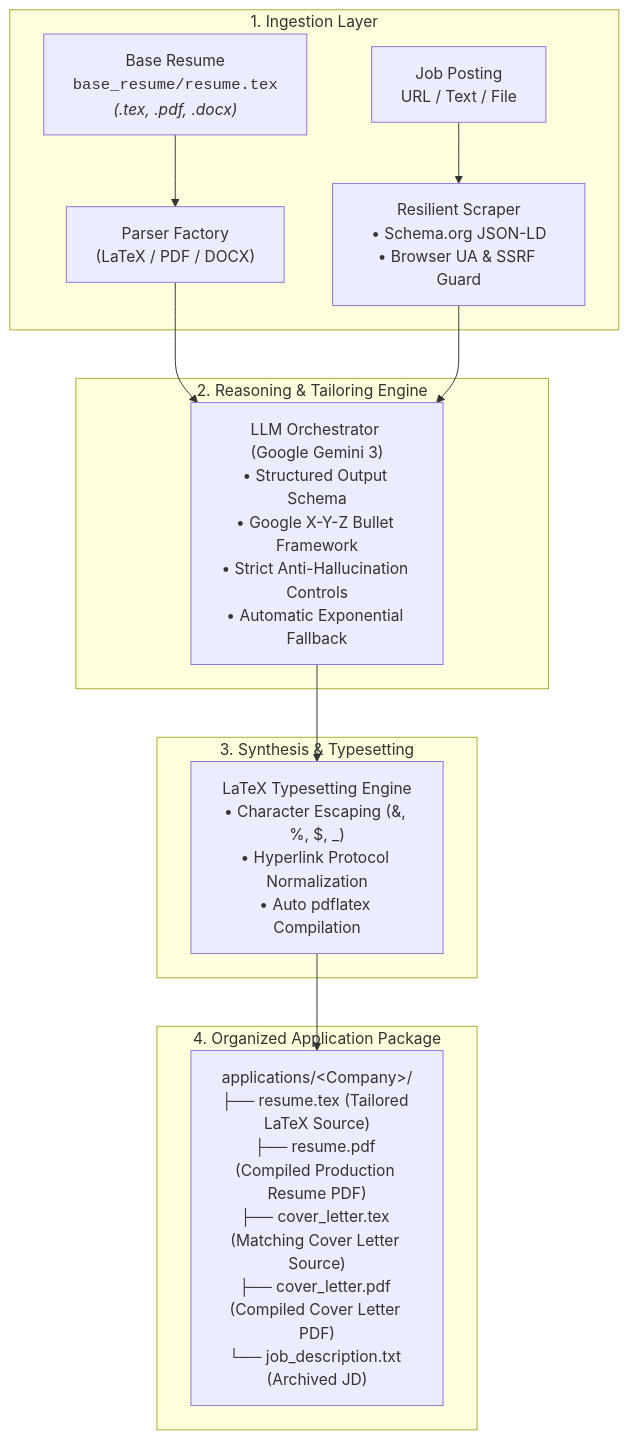
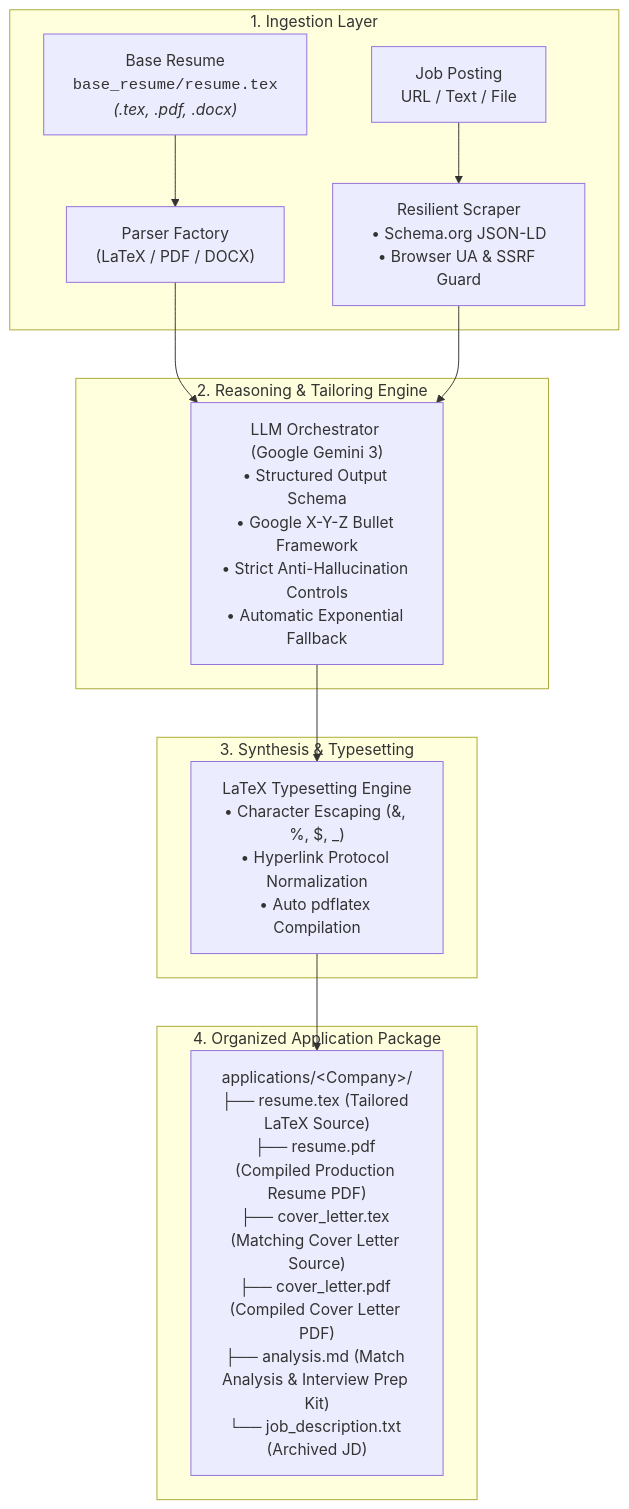
The diagram in README.md (Mehak769/resume-tailor), drawn with Mermaid before and after one commit. The commit also changed other lines of this file and 7 other files, not shown here.

Commit message:
feat(analysis): add match analysis and interview preparation kit generator

````diff
--- a/README.md
+++ b/README.md
@@ -24,20 +24,20 @@
 ```mermaid
 flowchart TD
     subgraph Ingestion ["1. Ingestion Layer"]
         A1["Base Resume<br><code>base_resume/resume.tex</code><br><i>(.tex, .pdf, .docx)</i>"] --> P1["Parser Factory<br>(LaTeX / PDF / DOCX)"]
         A2["Job Posting<br>URL / Text / File"] --> P2["Resilient Scraper<br>• Schema.org JSON-LD<br>• Browser UA & SSRF Guard"]
     end
 
     subgraph Intelligence ["2. Reasoning & Tailoring Engine"]
         P1 --> LLM["LLM Orchestrator (Google Gemini 3)<br>• Structured Output Schema<br>• Google X-Y-Z Bullet Framework<br>• Strict Anti-Hallucination Controls<br>• Automatic Exponential Fallback"]
         P2 --> LLM
     end
 
     subgraph Synthesis ["3. Synthesis & Typesetting"]
         LLM --> EX["LaTeX Typesetting Engine<br>• Character Escaping (&, %, $, _)<br>• Hyperlink Protocol Normalization<br>• Auto pdflatex Compilation"]
     end
 
     subgraph Output ["4. Organized Application Package"]
-        EX --> PKG["applications/&lt;Company&gt;/<br>├── resume.tex (Tailored LaTeX Source)<br>├── resume.pdf (Compiled Production Resume PDF)<br>├── cover_letter.tex (Matching Cover Letter Source)<br>├── cover_letter.pdf (Compiled Cover Letter PDF)<br>└── job_description.txt (Archived JD)"]
+        EX --> PKG["applications/&lt;Company&gt;/<br>├── resume.tex (Tailored LaTeX Source)<br>├── resume.pdf (Compiled Production Resume PDF)<br>├── cover_letter.tex (Matching Cover Letter Source)<br>├── cover_letter.pdf (Compiled Cover Letter PDF)<br>├── analysis.md (Match Analysis & Interview Prep Kit)<br>└── job_description.txt (Archived JD)"]
     end
 ```
````
